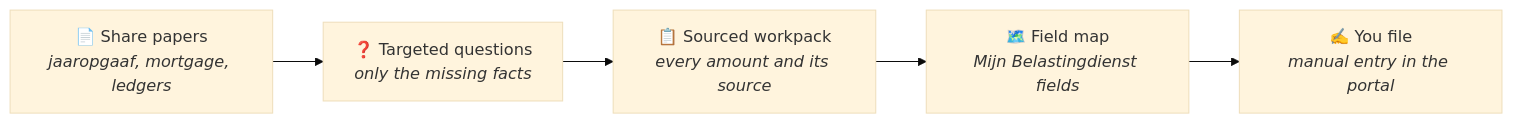
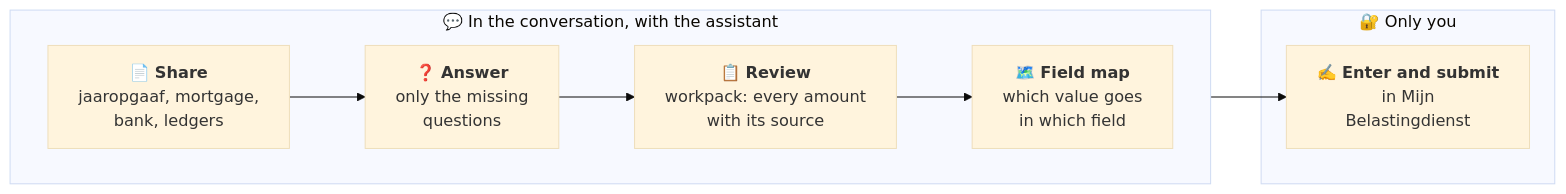
Before and after one commit to cyanxxy/nl-tax-agent-skills: the diagram in README.md, drawn with Mermaid (base theme). The commit also changed other lines of this file and 46 other files, not shown here.

````diff
--- a/README.md
+++ b/README.md
@@ -36,7 +27,13 @@
 ```mermaid
 flowchart LR
-    A["📄 Share papers<br/><i>jaaropgaaf, mortgage, ledgers</i>"] --> B["❓ Targeted questions<br/><i>only the missing facts</i>"]
-    B --> C["📋 Sourced workpack<br/><i>every amount and its source</i>"]
-    C --> D["🗺️ Field map<br/><i>Mijn Belastingdienst fields</i>"]
-    D --> E["✍️ You file<br/><i>manual entry in the portal</i>"]
+    subgraph chat["💬 In the conversation, with the assistant"]
+        direction LR
+        A["📄 <b>Share</b><br/>jaaropgaaf, mortgage,<br/>bank, ledgers"] --> B["❓ <b>Answer</b><br/>only the missing<br/>questions"]
+        B --> C["📋 <b>Review</b><br/>workpack: every amount<br/>with its source"]
+        C --> D["🗺️ <b>Field map</b><br/>which value goes<br/>in which field"]
+    end
+    subgraph portal["🔐 Only you"]
+        E["✍️ <b>Enter and submit</b><br/>in Mijn<br/>Belastingdienst"]
+    end
+    D --> E
 ```
````
